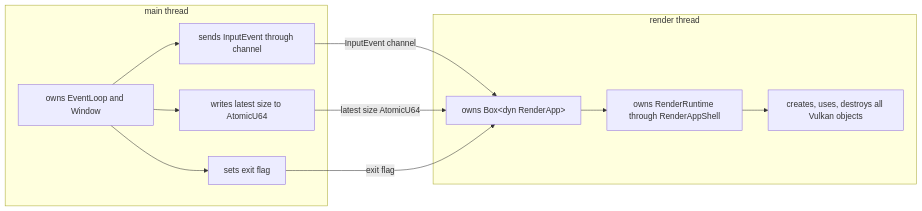
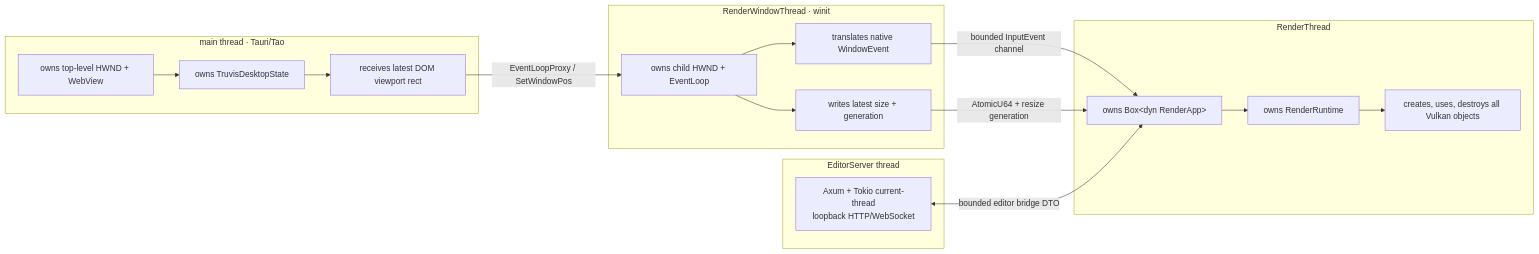
One commit to acccoco/TruvisRenderer changed the diagram in docs/summaries/threading-and-resource-lifecycle.md. Above: the diagram before and after it, drawn with Mermaid. The commit also changed other lines of this file and 39 other files, not shown here.

````diff
--- a/docs/summaries/threading-and-resource-lifecycle.md
+++ b/docs/summaries/threading-and-resource-lifecycle.md
@@ -7,23 +10,33 @@
 ```mermaid
 flowchart LR
-    subgraph MainThread["main thread"]
-        MainOwns["owns EventLoop and Window"]
-        MainInput["sends InputEvent through channel"]
-        MainSize["writes latest size to AtomicU64"]
-        MainExit["sets exit flag"]
-        MainOwns --> MainInput
-        MainOwns --> MainSize
-        MainOwns --> MainExit
+    subgraph MainThread["main thread · Tauri/Tao"]
+        Parent["owns top-level HWND + WebView"]
+        Desktop["owns TruvisDesktopState"]
+        DomRect["receives latest DOM viewport rect"]
+        Parent --> Desktop --> DomRect
     end
 
-    subgraph RenderThread["render thread"]
-        RenderApp["owns Box&lt;dyn RenderApp&gt;"]
-        RenderRuntime["owns RenderRuntime through RenderAppShell"]
-        VulkanObjects["creates, uses, destroys all Vulkan objects"]
-        RenderApp --> RenderRuntime --> VulkanObjects
+    subgraph WindowThread["RenderWindowThread · winit"]
+        Child["owns child HWND + EventLoop"]
+        Input["translates native WindowEvent"]
+        Size["writes latest size + generation"]
+        Child --> Input
+        Child --> Size
     end
 
-    MainInput -- " InputEvent channel " --> RenderApp
-    MainSize -- " latest size AtomicU64 " --> RenderApp
-    MainExit -- " exit flag " --> RenderApp
+    subgraph RenderThread["RenderThread"]
+        RenderApp["owns Box&lt;dyn RenderApp&gt;"]
+        Runtime["owns RenderRuntime"]
+        Vulkan["creates, uses, destroys all Vulkan objects"]
+        RenderApp --> Runtime --> Vulkan
+    end
+
+    subgraph ServerThread["EditorServer thread"]
+        Server["Axum + Tokio current-thread<br/>loopback HTTP/WebSocket"]
+    end
+
+    DomRect -- "EventLoopProxy / SetWindowPos" --> Child
+    Input -- "bounded InputEvent channel" --> RenderApp
+    Size -- "AtomicU64 + resize generation" --> RenderApp
+    Server <-- "bounded editor bridge DTO" --> RenderApp
 ```
````
